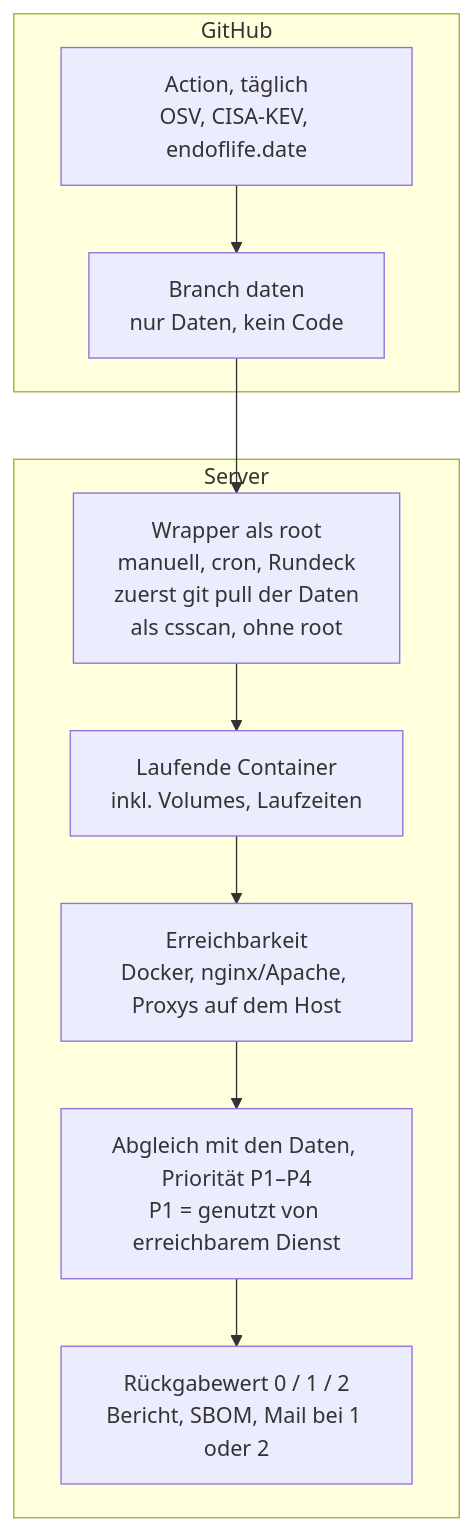
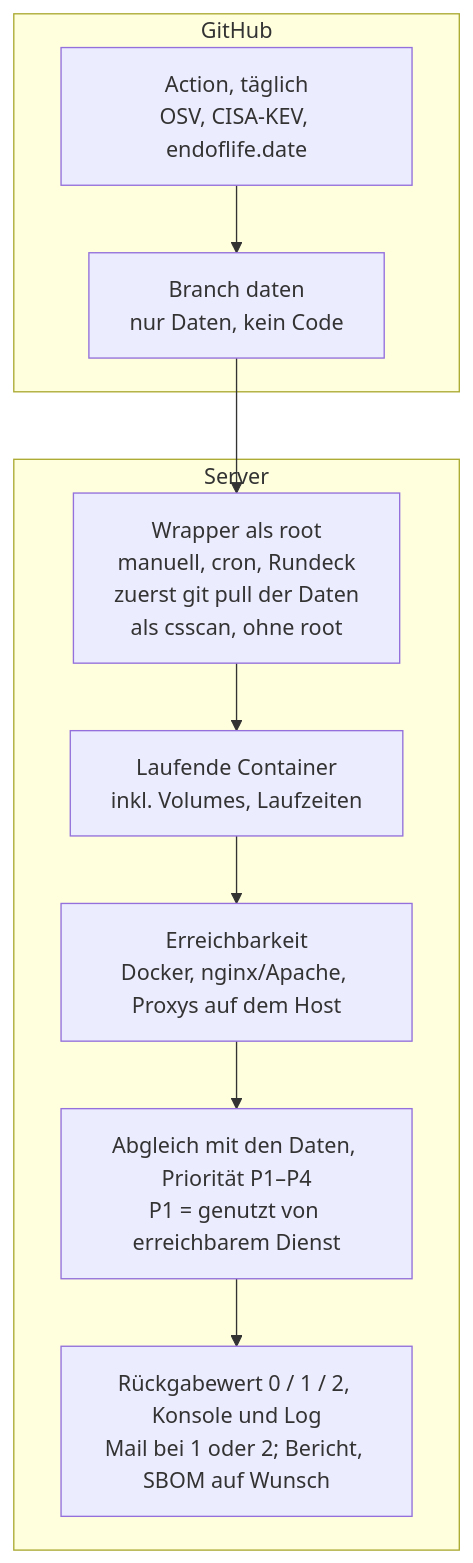
The diagram in README.md (dla-marbach/container-security-scan), drawn with Mermaid before and after one commit. The commit also changed other lines of this file and 11 other files, not shown here.

````diff
--- a/README.md
+++ b/README.md
@@ -49,17 +66,17 @@
 ```mermaid
 flowchart TD
     subgraph gh["GitHub"]
         A["Action, täglich<br/>OSV, CISA-KEV, endoflife.date"]
         B["Branch daten<br/>nur Daten, kein Code"]
         A --> B
     end
     subgraph srv["Server"]
         W["Wrapper als root<br/>manuell, cron, Rundeck<br/>zuerst git pull der Daten<br/>als csscan, ohne root"]
         F["Laufende Container<br/>inkl. Volumes, Laufzeiten"]
         G["Erreichbarkeit<br/>Docker, nginx/Apache, Proxys auf dem Host"]
         H["Abgleich mit den Daten, Priorität P1–P4<br/>P1 = genutzt von erreichbarem Dienst"]
-        I["Rückgabewert 0 / 1 / 2<br/>Bericht, SBOM, Mail bei 1 oder 2"]
+        I["Rückgabewert 0 / 1 / 2, Konsole und Log<br/>Mail bei 1 oder 2; Bericht, SBOM auf Wunsch"]
         W --> F --> G --> H --> I
     end
     B --> W
 ```
````
